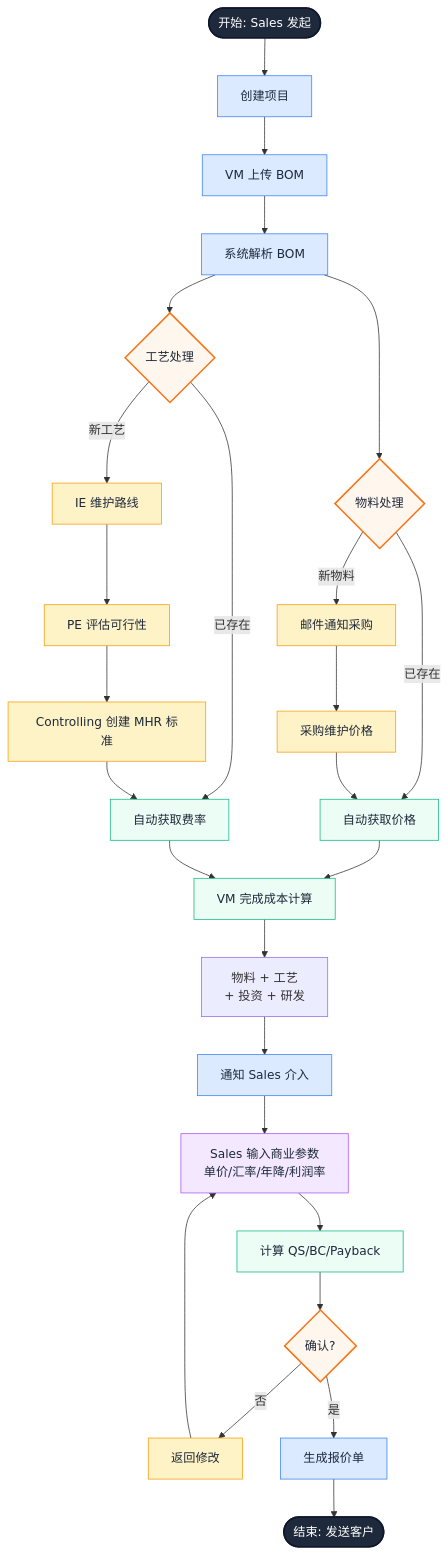
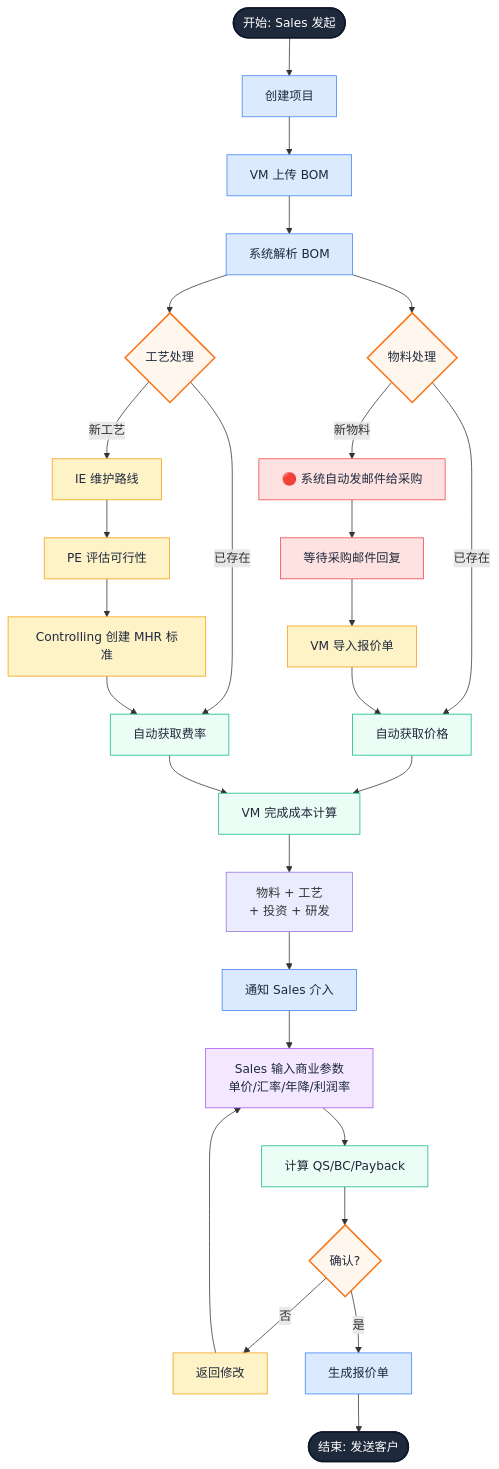
One commit to randyluo85/Quoting-Copilot changed the first of 2 diagrams in docs/PRD.md. Above: the diagram before and after it, drawn with Mermaid. The commit also changed other lines of this file, not shown here.

Commit message:
auto: claude changes

````diff
--- a/docs/PRD.md
+++ b/docs/PRD.md
@@ -382,56 +382,59 @@
 ```mermaid
 flowchart TB
     Start([开始: Sales 发起]) --> Project[创建项目]
 
     Project --> Upload[VM 上传 BOM]
     Upload --> Parse[系统解析 BOM]
 
     Parse --> MBranch{物料处理}
     Parse --> PBranch{工艺处理}
 
     %% 物料分支（左侧）
     MBranch -->|已存在| MAuto[自动获取价格]
-    MBranch -->|新物料| MMail[邮件通知采购]
-    MMail --> MPrice[采购维护价格]
-    MPrice --> MAuto
+    MBranch -->|新物料| MMail[🔴 系统自动发邮件给采购]
+    MMail --> MWait[等待采购邮件回复]
+    MWait --> MImport[VM 导入报价单]
+    MImport --> MAuto
 
     %% 工艺分支（右侧）
     PBranch -->|已存在| PAuto[自动获取费率]
     PBranch -->|新工艺| PIE[IE 维护路线]
     PIE --> PPE[PE 评估可行性]
     PPE --> PControl[Controlling 创建 MHR 标准]
     PControl --> PAuto
 
     %% 汇合计算
     MAuto --> Calc[VM 完成成本计算]
     PAuto --> Calc
 
     Calc --> CalcFull[物料 + 工艺<br/>+ 投资 + 研发]
     CalcFull --> Notify[通知 Sales 介入]
 
     %% Sales 输入商业参数
     Notify --> Sales[Sales 输入商业参数<br/>单价/汇率/年降/利润率]
     Sales --> CalcQSBC[计算 QS/BC/Payback]
 
     CalcQSBC --> SDec{确认?}
     SDec -->|否| SEdit[返回修改]
     SEdit --> Sales
 
     SDec -->|是| Export[生成报价单]
     Export --> End([结束: 发送客户])
 
     %% 样式：深色文字 + 浅色背景
     classDef startEnd fill:#1e293b,stroke:#0f172a,stroke-width:2px,color:#fff
     classDef decision fill:#fff7ed,stroke:#f97316,stroke-width:2px,color:#1e293b
     classDef auto fill:#ecfdf5,stroke:#10b981,stroke-width:1px,color:#1e293b
     classDef manual fill:#fef3c7,stroke:#f59e0b,stroke-width:1px,color:#1e293b
     classDef system fill:#dbeafe,stroke:#3b82f6,stroke-width:1px,color:#1e293b
     classDef review fill:#f3e8ff,stroke:#a855f7,stroke-width:1px,color:#1e293b
+    classDef email fill:#fee2e2,stroke:#ef4444,stroke-width:1px,color:#1e293b
 
     class Start,End startEnd
     class MBranch,PBranch,SDec decision
     class MAuto,PAuto,Calc,CalcQSBC auto
-    class MMail,MPrice,PIE,PPE,PControl,SEdit manual
+    class PIE,PPE,PControl,SEdit,MImport manual
     class Project,Upload,Parse,Notify,Export system
     class Sales review
+    class MMail,MWait email
 ```
````
